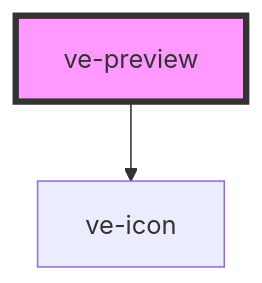
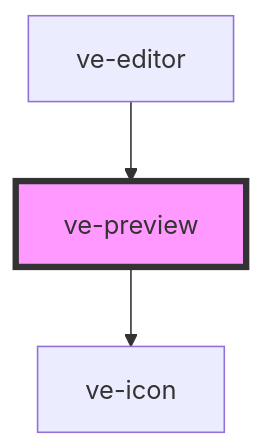
One commit to dotnetdreamer/capacitor-video-kit changed the diagram in src/components/ve-preview/readme.md. Above: the diagram before and after it, drawn with Mermaid. The commit also changed other lines of this file and 38 other files, not shown here.

````diff
--- a/src/components/ve-preview/readme.md
+++ b/src/components/ve-preview/readme.md
@@ -47,5 +51,6 @@
 ```mermaid
 graph TD;
   ve-preview --> ve-icon
+  ve-editor --> ve-preview
   style ve-preview fill:#f9f,stroke:#333,stroke-width:4px
 ```
````
